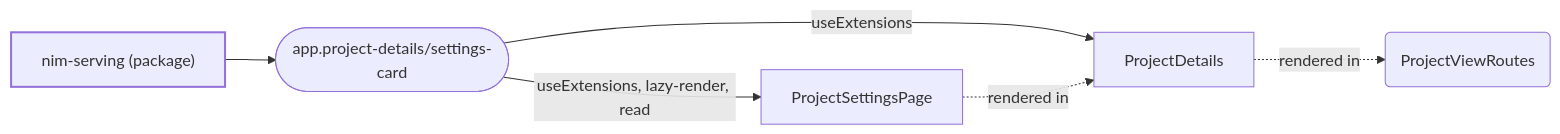
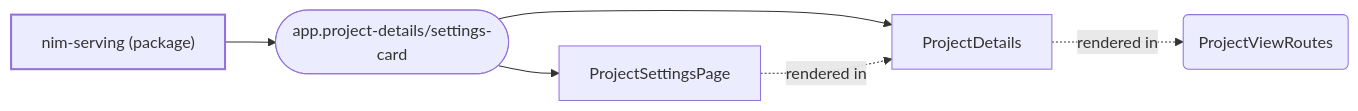
Before and after one commit to mturley/odh-dashboard: the seventh of 16 diagrams in packages/plugin-core/docs/extensions.md, drawn with Mermaid. The commit also changed other lines of this file and 28 other files, not shown here.

````diff
--- a/packages/plugin-core/docs/extensions.md
+++ b/packages/plugin-core/docs/extensions.md
@@ -828,15 +722,15 @@
 ```mermaid
 flowchart LR
   classDef pkg stroke-width:2px
   classDef point stroke-width:1px
   n_pkg__odh_dashboard_nim_serving_241793["nim-serving (package)"]:::pkg
   n_app_project_details_settings_card_bc8e85(["app.project-details/settings-card"]):::point
   n_pkg__odh_dashboard_nim_serving_241793 --> n_app_project_details_settings_card_bc8e85
+  n_symbol_frontend_src_pages_projects_screens_detail_ProjectDetails_tsx_ProjectDetails_2a7cef["ProjectDetails"]
+  n_app_project_details_settings_card_bc8e85 --> n_symbol_frontend_src_pages_projects_screens_detail_ProjectDetails_tsx_ProjectDetails_2a7cef
   n_symbol_frontend_src_pages_projects_projectSettings_ProjectSettingsPage_tsx_ProjectSettingsPage_113f30["ProjectSettingsPage"]
-  n_app_project_details_settings_card_bc8e85 -- "useExtensions, lazy-render, read" --> n_symbol_frontend_src_pages_projects_projectSettings_ProjectSettingsPage_tsx_ProjectSettingsPage_113f30
-  n_symbol_frontend_src_pages_projects_screens_detail_ProjectDetails_tsx_ProjectDetails_2a7cef["ProjectDetails"]
-  n_app_project_details_settings_card_bc8e85 -- "useExtensions" --> n_symbol_frontend_src_pages_projects_screens_detail_ProjectDetails_tsx_ProjectDetails_2a7cef
+  n_app_project_details_settings_card_bc8e85 --> n_symbol_frontend_src_pages_projects_projectSettings_ProjectSettingsPage_tsx_ProjectSettingsPage_113f30
   n_symbol_frontend_src_pages_projects_ProjectViewRoutes_tsx_ProjectViewRoutes_9ce9ef("ProjectViewRoutes")
+  n_symbol_frontend_src_pages_projects_screens_detail_ProjectDetails_tsx_ProjectDetails_2a7cef -. "rendered in" .-> n_symbol_frontend_src_pages_projects_ProjectViewRoutes_tsx_ProjectViewRoutes_9ce9ef
   n_symbol_frontend_src_pages_projects_projectSettings_ProjectSettingsPage_tsx_ProjectSettingsPage_113f30 -. "rendered in" .-> n_symbol_frontend_src_pages_projects_screens_detail_ProjectDetails_tsx_ProjectDetails_2a7cef
-  n_symbol_frontend_src_pages_projects_screens_detail_ProjectDetails_tsx_ProjectDetails_2a7cef -. "rendered in" .-> n_symbol_frontend_src_pages_projects_ProjectViewRoutes_tsx_ProjectViewRoutes_9ce9ef
 ```
````
